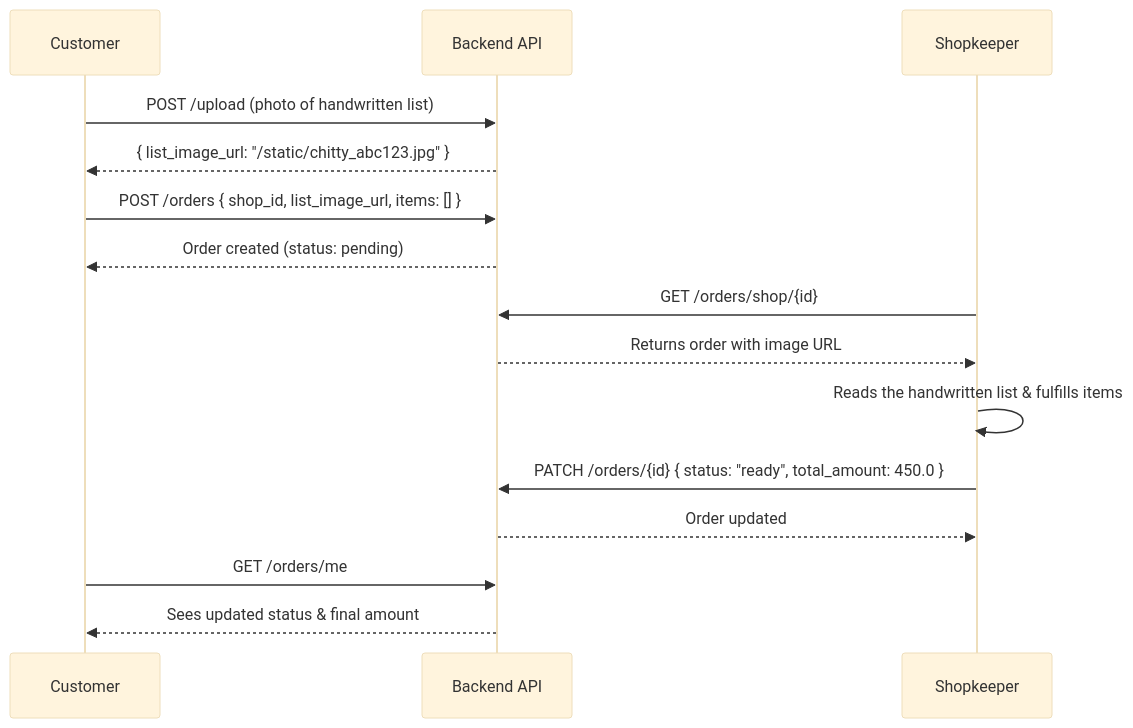
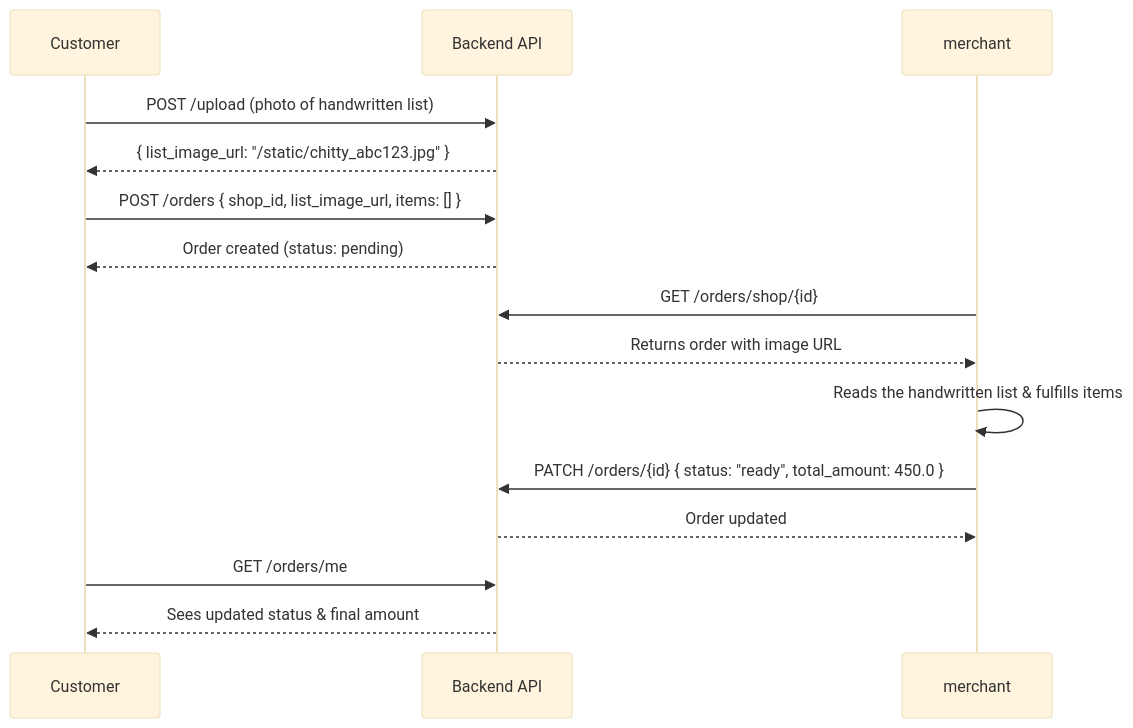
The third of 3 diagrams in README.md (kirankumar3117/kmart-backend), drawn with Mermaid (base theme) before and after one commit. The commit also changed other lines of this file and 27 other files, not shown here.

````diff
--- a/README.md
+++ b/README.md
@@ -269,18 +269,18 @@
 ```mermaid
 sequenceDiagram
     participant C as Customer
     participant API as Backend API
-    participant S as Shopkeeper
+    participant S as merchant
 
     C->>API: POST /upload (photo of handwritten list)
     API-->>C: { list_image_url: "/static/chitty_abc123.jpg" }
     C->>API: POST /orders { shop_id, list_image_url, items: [] }
     API-->>C: Order created (status: pending)
     S->>API: GET /orders/shop/{id}
     API-->>S: Returns order with image URL
     S->>S: Reads the handwritten list & fulfills items
     S->>API: PATCH /orders/{id} { status: "ready", total_amount: 450.0 }
     API-->>S: Order updated
     C->>API: GET /orders/me
     API-->>C: Sees updated status & final amount
 ```
````
